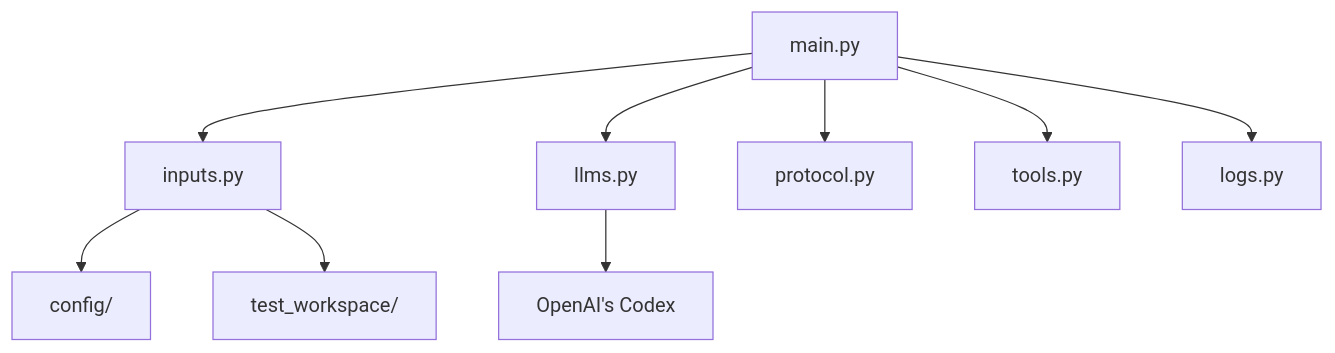
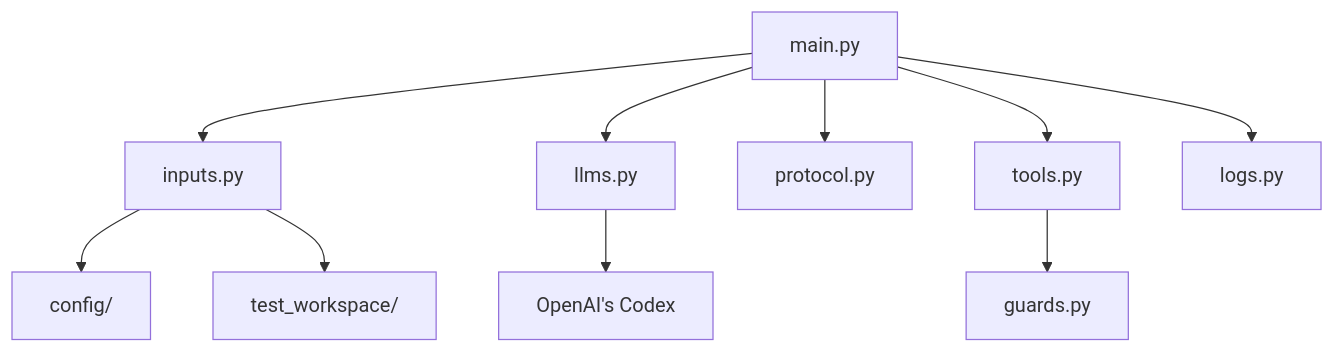
One commit to mtov/minixx changed the second of 2 diagrams in README.md. Above: the diagram before and after it, drawn with Mermaid. The commit also changed other lines of this file and 3 other files, not shown here.

Commit message:
feat: add workspace path guards for agent tools

````diff
--- a/README.md
+++ b/README.md
@@ -63,21 +64,23 @@
 ```mermaid
 flowchart TD
     A["main.py"]
     B["inputs.py"]
     C["llms.py"]
     D["protocol.py"]
     E["tools.py"]
     F["logs.py"]
-    G["config/"]
-    H["test_workspace/"]
-    I["OpenAI's Codex"]
+    G["guards.py"]
+    H["config/"]
+    I["test_workspace/"]
+    J["OpenAI's Codex"]
 
     A --> B
     A --> C
     A --> D
     A --> E
     A --> F
-    B --> G
+    E --> G
     B --> H
-    C --> I
+    B --> I
+    C --> J
 ```
````
